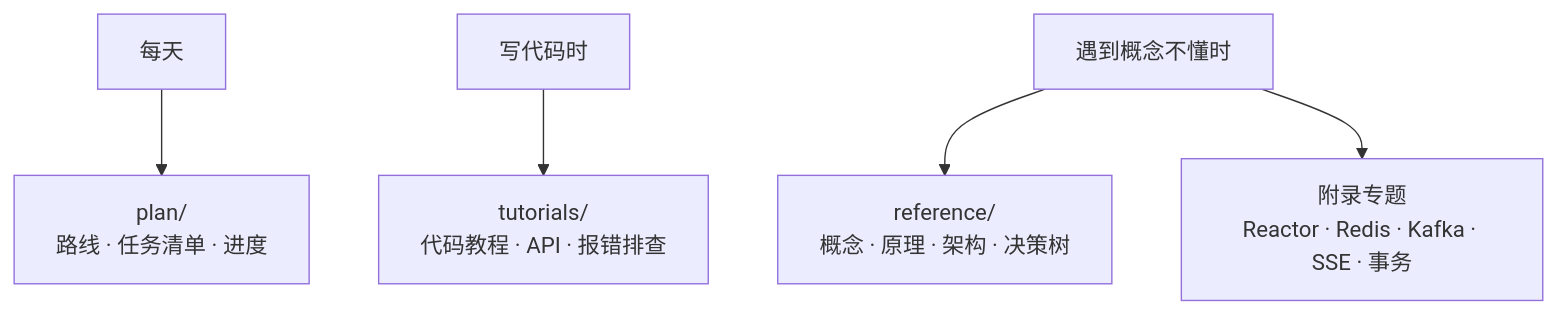
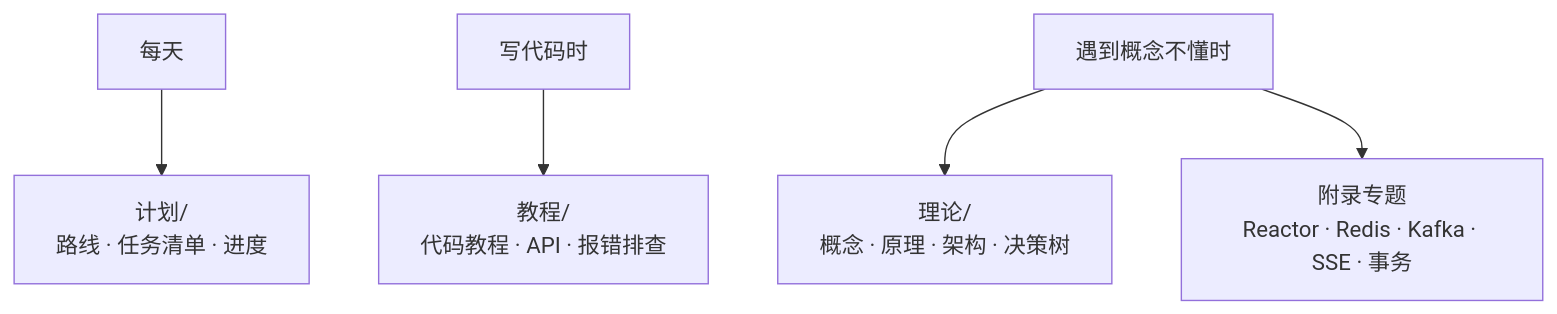
The second of 3 diagrams in docs/00-README.md (UranusGit/java-agent-learn), drawn with Mermaid before and after one commit. The commit also changed other lines of this file and 116 other files, not shown here.

````diff
--- a/docs/00-README.md
+++ b/docs/00-README.md
@@ -107,7 +79,7 @@
 ```mermaid
 flowchart TD
-    Daily["每天"] --> Plan["plan/<br/>路线 · 任务清单 · 进度"]
-    Code["写代码时"] --> Tut["tutorials/<br/>代码教程 · API · 报错排查"]
-    Concept["遇到概念不懂时"] --> Ref["reference/<br/>概念 · 原理 · 架构 · 决策树"]
+    Daily["每天"] --> Plan["计划/<br/>路线 · 任务清单 · 进度"]
+    Code["写代码时"] --> Tut["教程/<br/>代码教程 · API · 报错排查"]
+    Concept["遇到概念不懂时"] --> Ref["理论/<br/>概念 · 原理 · 架构 · 决策树"]
     Concept --> App["附录专题<br/>Reactor · Redis · Kafka · SSE · 事务"]
 ```
````
